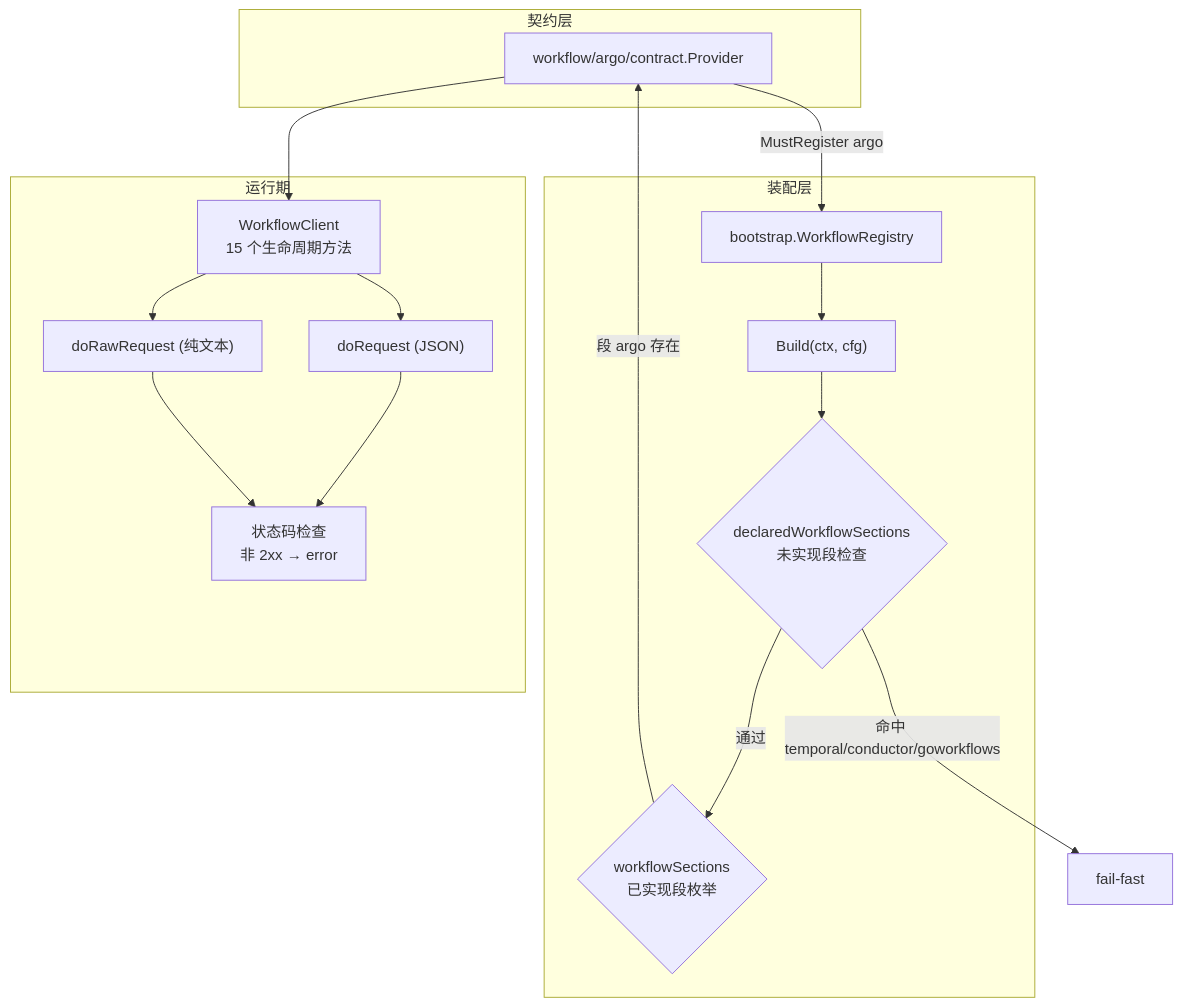
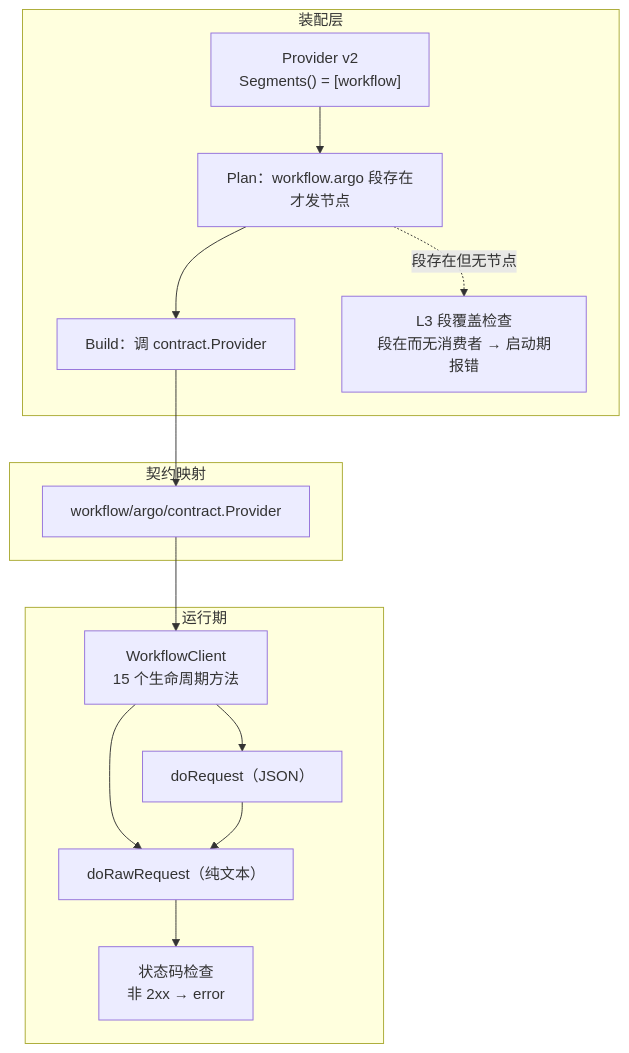
The diagram in docs/devel/zh-CN/Bald 工作流设计.md (kalandramo/bald), drawn with Mermaid before and after one commit. The commit also changed other lines of this file and 70 other files, not shown here.

````diff
--- a/docs/devel/zh-CN/Bald 工作流设计.md
+++ b/docs/devel/zh-CN/Bald 工作流设计.md
@@ -35,32 +31,28 @@
 ```mermaid
 flowchart TB
-    subgraph contract["契约层"]
-        WP["workflow/argo/contract.Provider"]
+    subgraph assembly["装配层"]
+        P["Provider v2<br/>Segments() = [workflow]"]
+        PL["Plan：workflow.argo 段存在才发节点"]
+        B["Build：调 contract.Provider"]
+        L3["L3 段覆盖检查<br/>段在而无消费者 → 启动期报错"]
     end
 
-    subgraph bootstrap["装配层"]
-        R["bootstrap.WorkflowRegistry"]
-        D{"declaredWorkflowSections<br/>未实现段检查"}
-        S{"workflowSections<br/>已实现段枚举"}
-        B["Build(ctx, cfg)"]
+    subgraph bridge["契约映射"]
+        CP["workflow/argo/contract.Provider"]
     end
 
     subgraph runtime["运行期"]
         C["WorkflowClient<br/>15 个生命周期方法"]
-        DR["doRequest (JSON)"]
-        DRR["doRawRequest (纯文本)"]
+        DR["doRequest（JSON）"]
+        DRR["doRawRequest（纯文本）"]
         HC["状态码检查<br/>非 2xx → error"]
     end
 
-    WP -->|MustRegister argo| R
-    R --> B
-    B --> D
-    D -->|"命中 temporal/conductor/goworkflows"| ERR["fail-fast"]
-    D -->|通过| S
-    S -->|段 argo 存在| WP
-    WP --> C
+    P --> PL --> B --> CP
+    PL -.->|"段存在但无节点"| L3
+    CP --> C
     C --> DR
     C --> DRR
-    DR --> HC
+    DR --> DRR
     DRR --> HC
 ```
````
